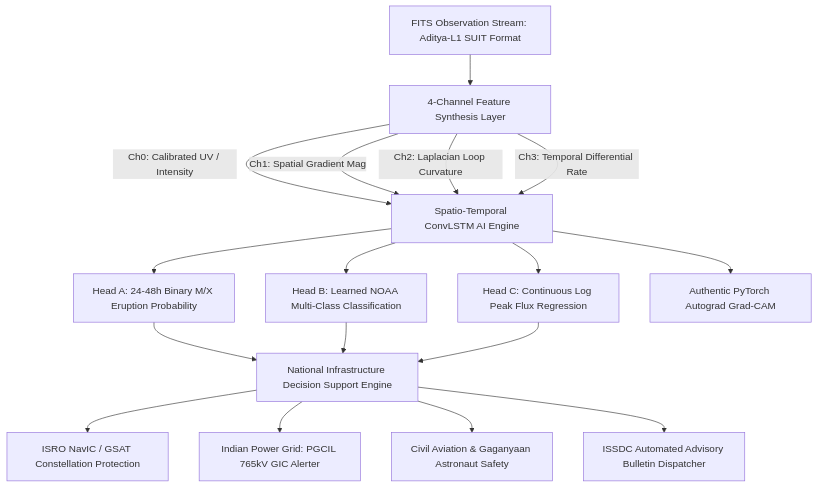
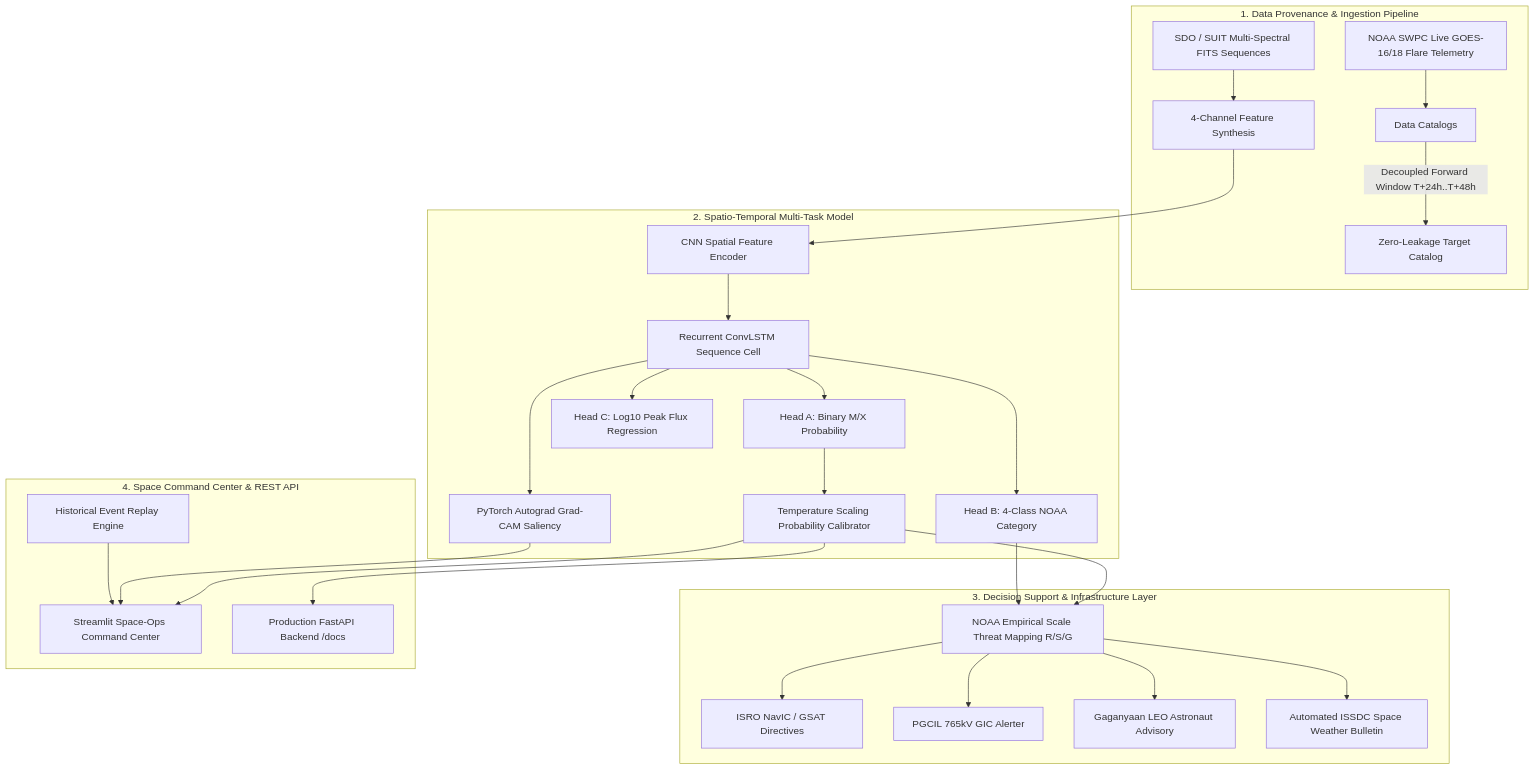
Before and after one commit to aarushipujari/solar: the diagram in README.md, drawn with Mermaid. The commit also changed other lines of this file and 30 other files, not shown here.

Commit message:
Complete SIH upgrade: 4-channel multi-task ConvLSTM, temperature calibration, decoupled target labeling, active-region splits, historical replay, and pytest suite

````diff
--- a/README.md
+++ b/README.md
@@ -23,22 +29,34 @@
 ```mermaid
 graph TD
-    A[FITS Observation Stream: Aditya-L1 SUIT Format] --> B[4-Channel Feature Synthesis Layer]
-    B -->|Ch0: Calibrated UV / Intensity| C[Spatio-Temporal ConvLSTM AI Engine]
-    B -->|Ch1: Spatial Gradient Mag| C
-    B -->|Ch2: Laplacian Loop Curvature| C
-    B -->|Ch3: Temporal Differential Rate| C
-    
-    C --> D[Head A: 24-48h Binary M/X Eruption Probability]
-    C --> E[Head B: Learned NOAA Multi-Class Classification]
-    C --> F[Head C: Continuous Log Peak Flux Regression]
-    C --> G[Authentic PyTorch Autograd Grad-CAM]
-    
-    D --> H[National Infrastructure Decision Support Engine]
-    E --> H
-    F --> H
-    
-    H --> I[ISRO NavIC / GSAT Constellation Protection]
-    H --> J[Indian Power Grid: PGCIL 765kV GIC Alerter]
-    H --> K[Civil Aviation & Gaganyaan Astronaut Safety]
-    H --> L[ISSDC Automated Advisory Bulletin Dispatcher]
+    subgraph DataIngestion ["1. Data Provenance & Ingestion Pipeline"]
+        A[NOAA SWPC Live GOES-16/18 Flare Telemetry] --> C[Data Catalogs]
+        B[SDO / SUIT Multi-Spectral FITS Sequences] --> D[4-Channel Feature Synthesis]
+        C -->|Decoupled Forward Window T+24h..T+48h| E[Zero-Leakage Target Catalog]
+    end
+
+    subgraph DLModel ["2. Spatio-Temporal Multi-Task Model"]
+        D --> F[CNN Spatial Feature Encoder]
+        F --> G[Recurrent ConvLSTM Sequence Cell]
+        G --> H[Head A: Binary M/X Probability]
+        G --> I[Head B: 4-Class NOAA Category]
+        G --> J[Head C: Log10 Peak Flux Regression]
+        H --> K[Temperature Scaling Probability Calibrator]
+        G --> L[PyTorch Autograd Grad-CAM Saliency]
+    end
+
+    subgraph DecisionEngine ["3. Decision Support & Infrastructure Layer"]
+        K --> M[NOAA Empirical Scale Threat Mapping R/S/G]
+        I --> M
+        M --> N[ISRO NavIC / GSAT Directives]
+        M --> O[PGCIL 765kV GIC Alerter]
+        M --> P[Gaganyaan LEO Astronaut Advisory]
+        M --> Q[Automated ISSDC Space Weather Bulletin]
+    end
+
+    subgraph Frontends ["4. Space Command Center & REST API"]
+        K --> R[Streamlit Space-Ops Command Center]
+        L --> R
+        S[Historical Event Replay Engine] --> R
+        K --> T[Production FastAPI Backend /docs]
+    end
 ```
````
